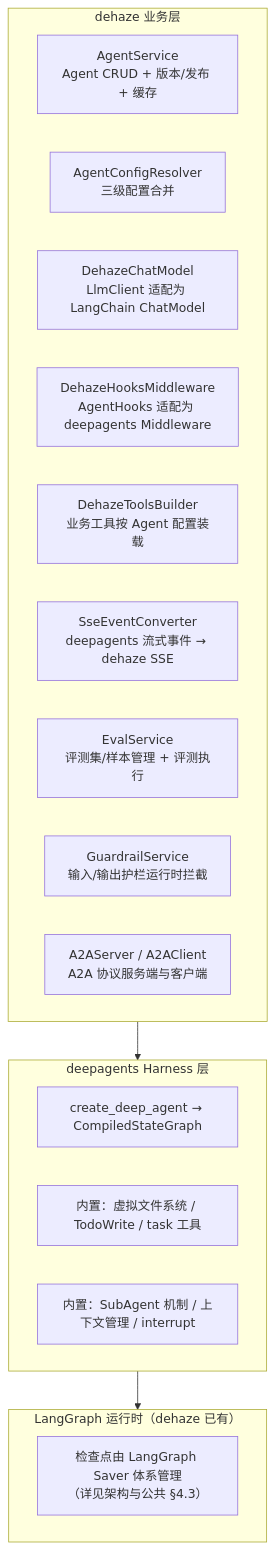
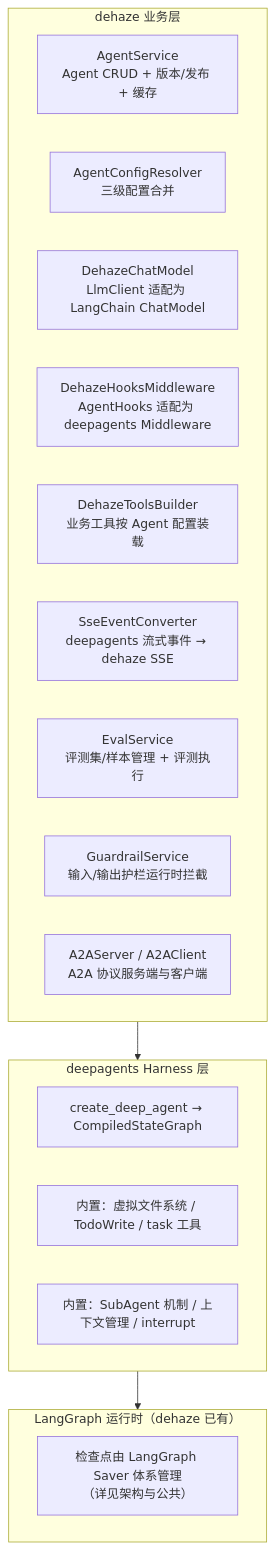
The first of 7 diagrams in dehaze-doc/docs/03-模块设计/核心模块/AI对话/智能体管理/后端实现.md (earthy-zinc/dehaze-system), drawn with Mermaid before and after one commit. The commit also changed other lines of this file and 239 other files, not shown here.

````diff
--- a/dehaze-doc/docs/03-模块设计/核心模块/AI对话/智能体管理/后端实现.md
+++ b/dehaze-doc/docs/03-模块设计/核心模块/AI对话/智能体管理/后端实现.md
@@ -134,23 +134,23 @@
 ```mermaid
 flowchart TD
     subgraph Business["dehaze 业务层"]
         A1["AgentService<br/>Agent CRUD + 版本/发布 + 缓存"]
         A2["AgentConfigResolver<br/>三级配置合并"]
         A3["DehazeChatModel<br/>LlmClient 适配为 LangChain ChatModel"]
         A4["DehazeHooksMiddleware<br/>AgentHooks 适配为 deepagents Middleware"]
         A5["DehazeToolsBuilder<br/>业务工具按 Agent 配置装载"]
         A6["SseEventConverter<br/>deepagents 流式事件 → dehaze SSE"]
         A7["EvalService<br/>评测集/样本管理 + 评测执行"]
         A8["GuardrailService<br/>输入/输出护栏运行时拦截"]
         A9["A2AServer / A2AClient<br/>A2A 协议服务端与客户端"]
     end
     subgraph Harness["deepagents Harness 层"]
         B1["create_deep_agent → CompiledStateGraph"]
         B2["内置：虚拟文件系统 / TodoWrite / task 工具"]
         B3["内置：SubAgent 机制 / 上下文管理 / interrupt"]
     end
     subgraph Runtime["LangGraph 运行时（dehaze 已有）"]
-        C1["检查点由 LangGraph Saver 体系管理<br/>（详见架构与公共 §4.3）"]
+        C1["检查点由 LangGraph Saver 体系管理<br/>（详见架构与公共）"]
     end
     Business --> Harness --> Runtime
 ```
````
